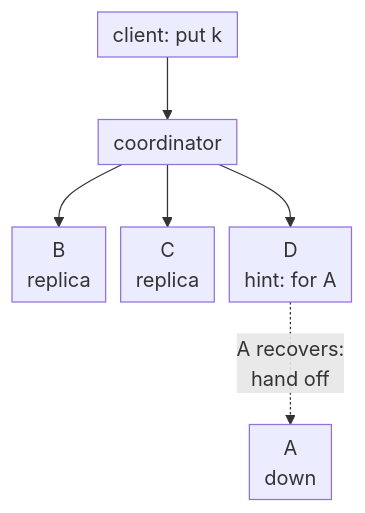
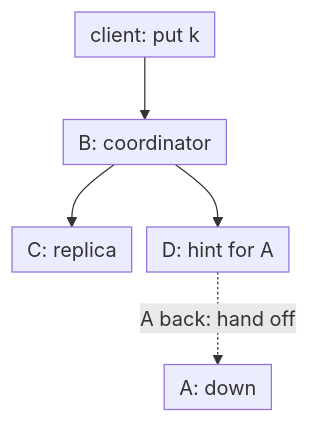
The second of 3 diagrams in src/content/blog/dynamo-amazons-highly-available-key-value-store.md (mimi146/blog), drawn with Mermaid before and after one commit. The commit also changed other lines of this file, not shown here.

Commit message:
Dynamo post: address review 5652412019 (Coach revision: factual fixes, single-line Mermaid labels)

````diff
--- a/src/content/blog/dynamo-amazons-highly-available-key-value-store.md
+++ b/src/content/blog/dynamo-amazons-highly-available-key-value-store.md
@@ -70,12 +72,11 @@
 ```mermaid
 %%{init: {"flowchart": {"nodeSpacing": 12, "padding": 6, "diagramPadding": 4}}}%%
 flowchart TB
     accTitle: Sloppy quorum write with node A down
-    accDescr: A client sends put k to a coordinator. The preference list is A, B, C, then fallback D. A is down and skipped. The coordinator writes to B and C as normal replicas and to D with a hint that the data belongs to A. The write succeeds once W replicas acknowledge. When A recovers, D hands the replica back to A.
-    Client["client: put k"] --> Coord["coordinator"]
-    Coord --> B["B<br/>replica"]
-    Coord --> C["C<br/>replica"]
-    Coord --> D["D<br/>hint: for A"]
-    A["A<br/>down"]
-    D -.->|"A recovers:<br/>hand off"| A
+    accDescr: The preference list is A, B, C, then fallback D. A is down and skipped, so B is the first healthy node and coordinates the write. B stores it locally and sends it to C as a normal replica and to D with a hint that the data belongs to A. The write succeeds once W nodes, counting B, have it. When A recovers, D hands the replica back to A.
+    Client["client: put k"] --> B["B: coordinator"]
+    B --> C["C: replica"]
+    B --> D["D: hint for A"]
+    A["A: down"]
+    D -.->|"A back: hand off"| A
 ```
````
